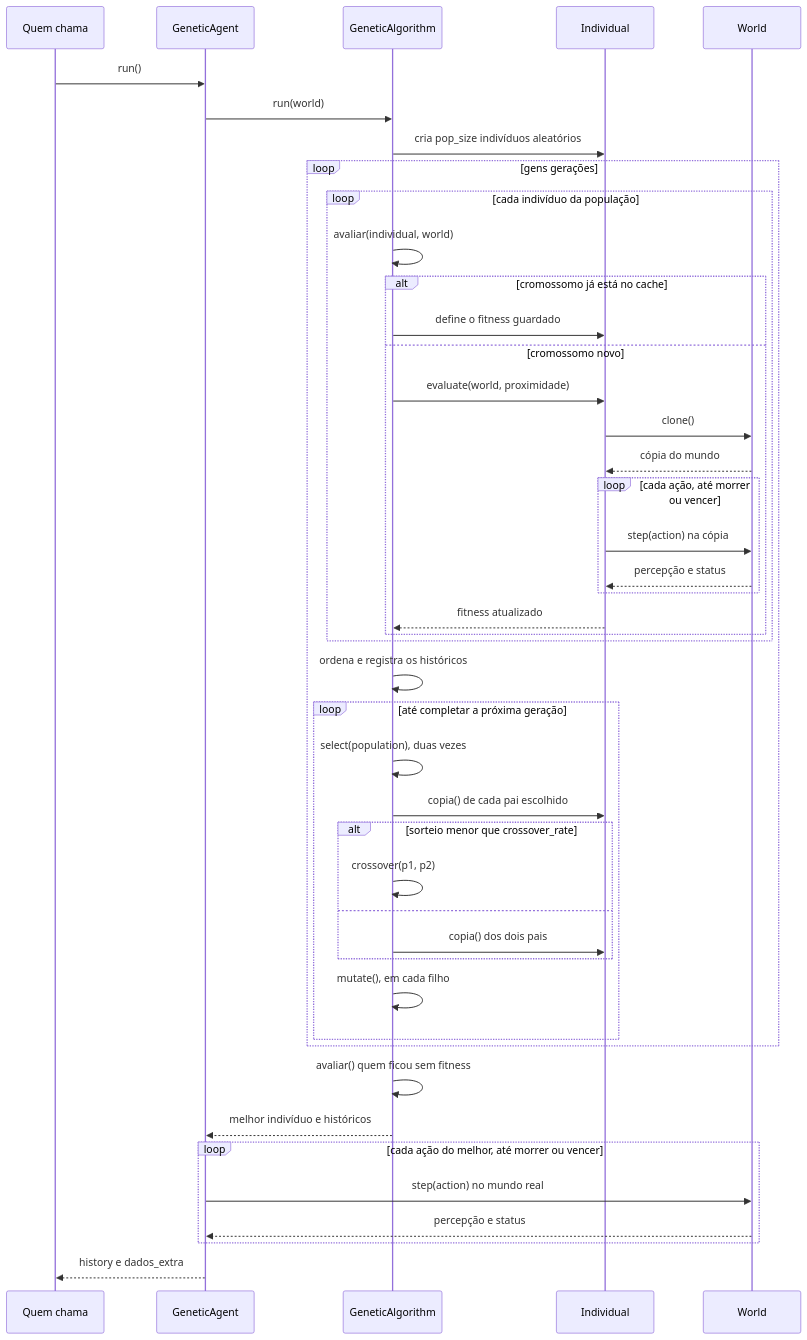
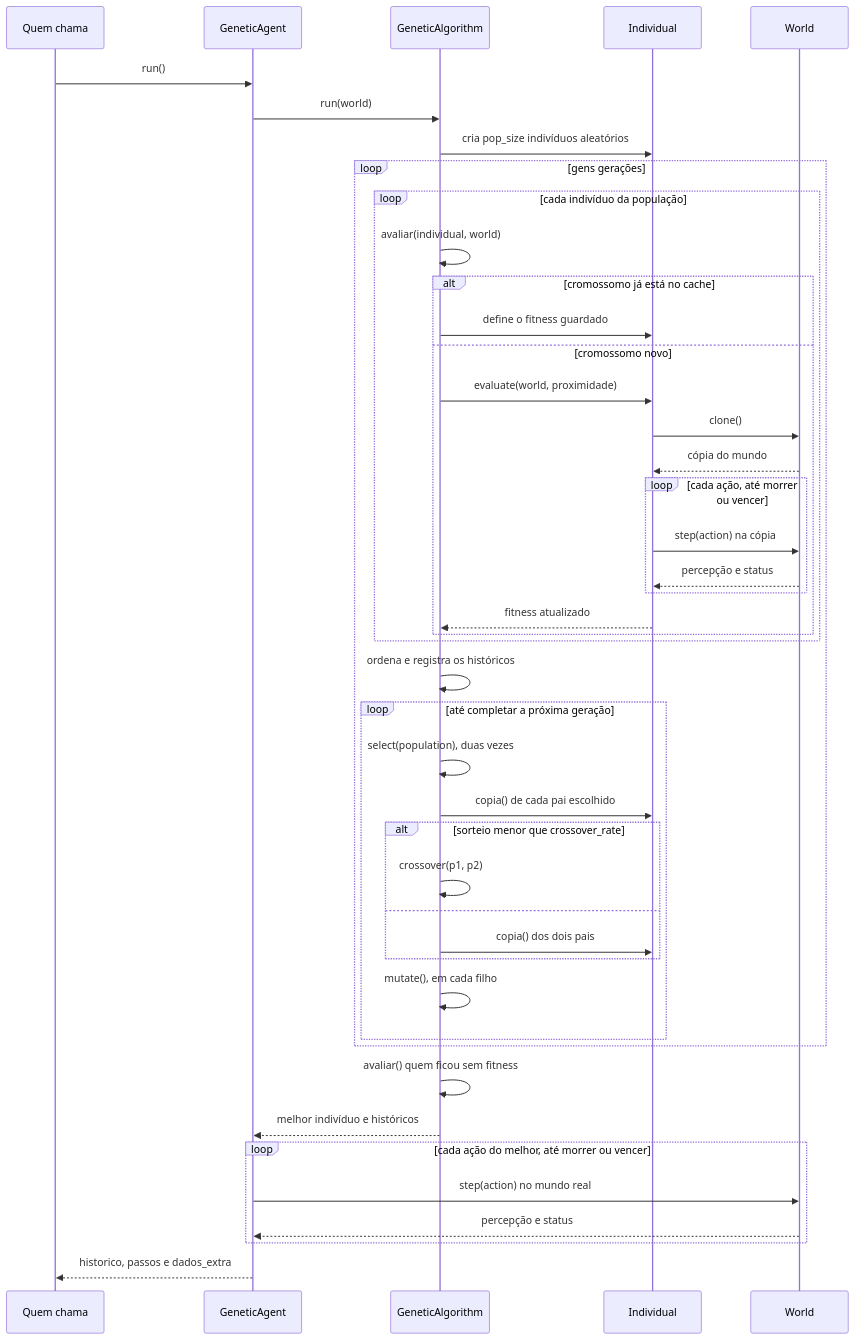
One commit to ingrid-kiki/wumpus_world_modular changed the diagram in docs/arquitetura/sequencia-ag.md. Above: the diagram before and after it, drawn with Mermaid. The commit also changed 28 other files, not shown here.

````diff
--- a/docs/arquitetura/sequencia-ag.md
+++ b/docs/arquitetura/sequencia-ag.md
@@ -6,50 +6,50 @@
 ```mermaid
 sequenceDiagram
     participant Q as Quem chama
     participant GA as GeneticAgent
     participant AG as GeneticAlgorithm
     participant I as Individual
     participant M as World
 
     Q->>GA: run()
     GA->>AG: run(world)
     AG->>I: cria pop_size indivíduos aleatórios
 
     loop gens gerações
         loop cada indivíduo da população
             AG->>AG: avaliar(individual, world)
             alt cromossomo já está no cache
                 AG->>I: define o fitness guardado
             else cromossomo novo
                 AG->>I: evaluate(world, proximidade)
                 I->>M: clone()
                 M-->>I: cópia do mundo
                 loop cada ação, até morrer ou vencer
                     I->>M: step(action) na cópia
                     M-->>I: percepção e status
                 end
                 I-->>AG: fitness atualizado
             end
         end
         AG->>AG: ordena e registra os históricos
         loop até completar a próxima geração
             AG->>AG: select(population), duas vezes
             AG->>I: copia() de cada pai escolhido
             alt sorteio menor que crossover_rate
                 AG->>AG: crossover(p1, p2)
             else
                 AG->>I: copia() dos dois pais
             end
             AG->>AG: mutate(), em cada filho
         end
     end
 
     AG->>AG: avaliar() quem ficou sem fitness
     AG-->>GA: melhor indivíduo e históricos
 
     loop cada ação do melhor, até morrer ou vencer
         GA->>M: step(action) no mundo real
         M-->>GA: percepção e status
     end
-    GA-->>Q: history e dados_extra
+    GA-->>Q: historico, passos e dados_extra
 ```
````
